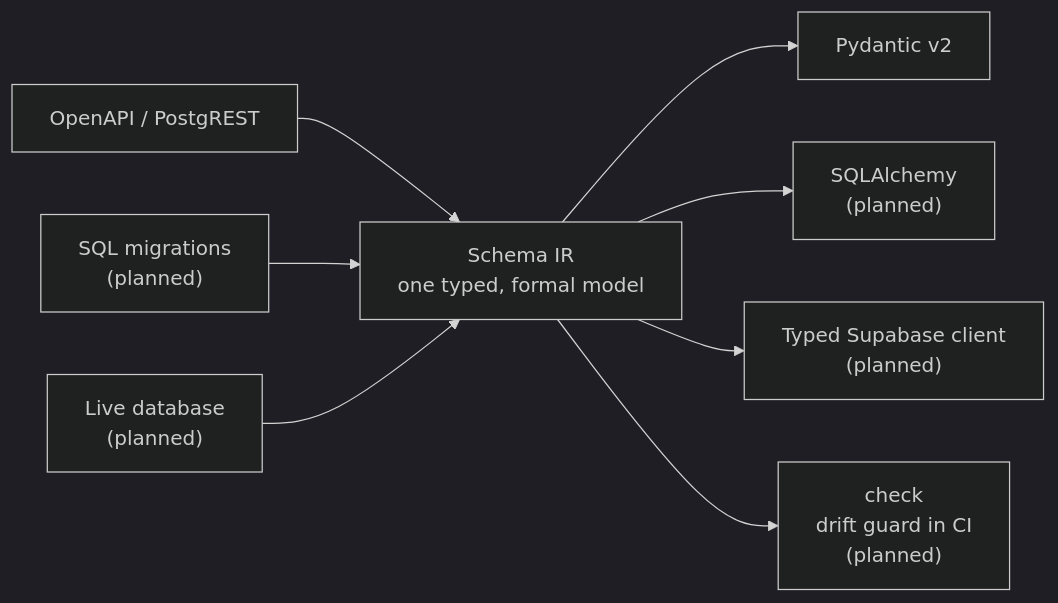
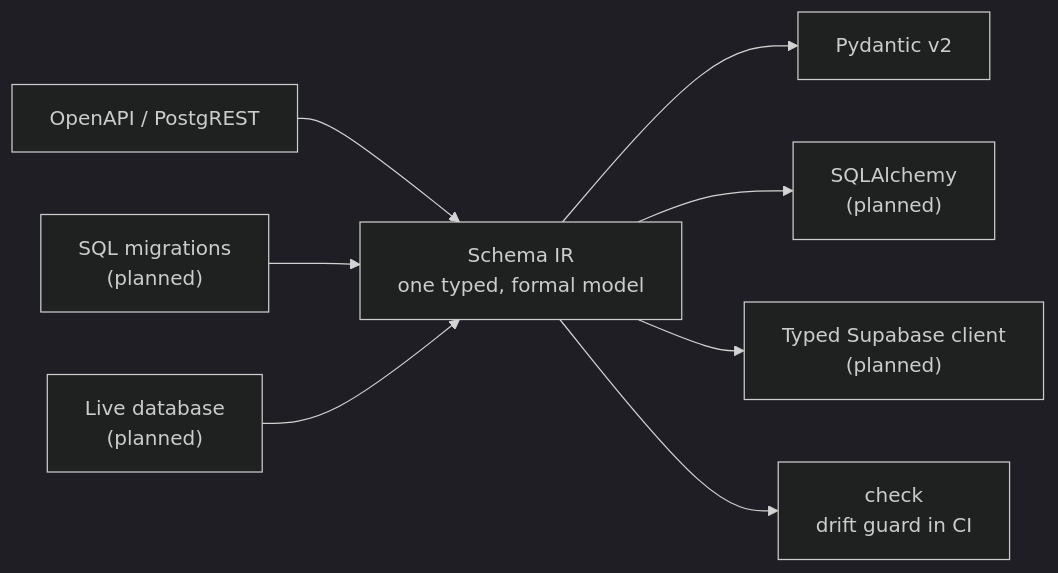
One commit to kmbhm1/castiron changed the diagram in README.md. Above: the diagram before and after it, drawn with Mermaid (dark theme). The commit also changed other lines of this file and 21 other files, not shown here.

First line of the commit message:
feat(cli): add castiron check, the byte-diff drift guard

````diff
--- a/README.md
+++ b/README.md
@@ -95,10 +95,10 @@
 ```mermaid
 flowchart LR
     S1["OpenAPI / PostgREST"] --> IR
     S2["SQL migrations<br/>(planned)"] --> IR
     S3["Live database<br/>(planned)"] --> IR
     IR["Schema IR<br/>one typed, formal model"] --> E1["Pydantic v2"]
     IR --> E2["SQLAlchemy<br/>(planned)"]
     IR --> E3["Typed Supabase client<br/>(planned)"]
-    IR --> CHK["check<br/>drift guard in CI<br/>(planned)"]
+    IR --> CHK["check<br/>drift guard in CI"]
 ```
````
